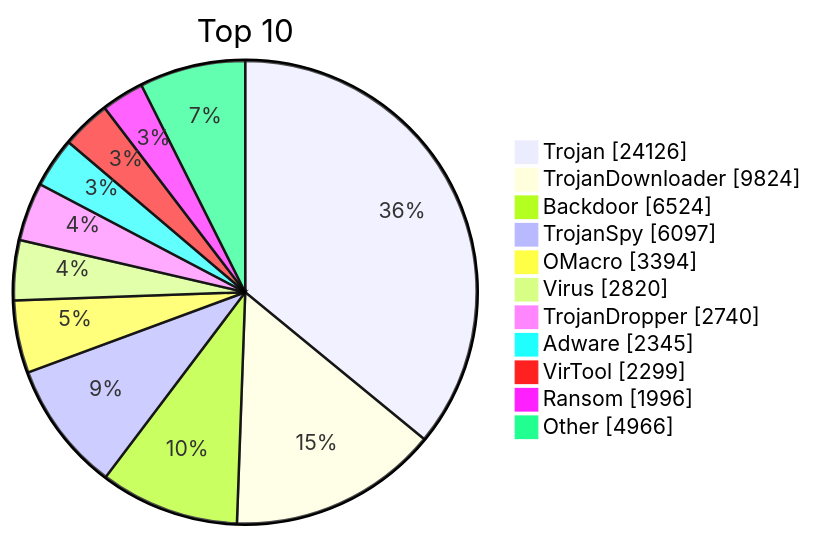
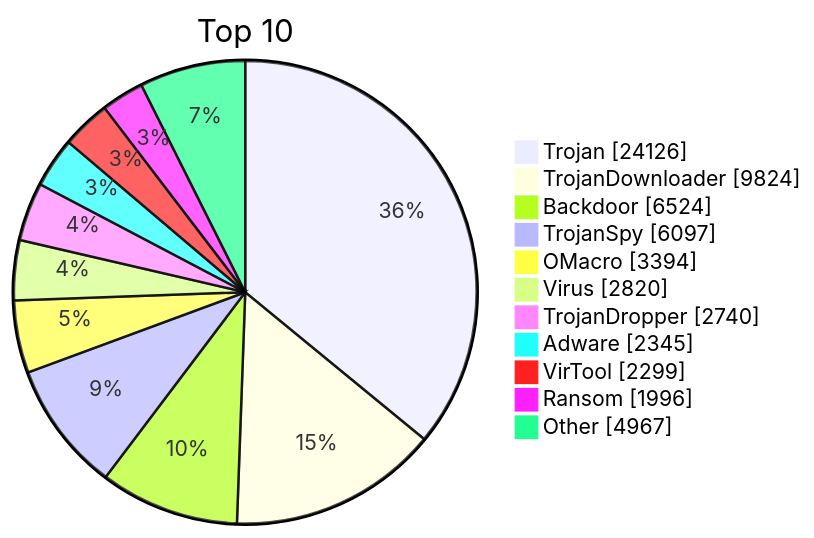
The diagram in README.md (JerryLinLinLin/huorong-virdb-changelog), drawn with Mermaid before and after one commit. The commit also changed other lines of this file and 14 other files, not shown here.

````diff
--- a/README.md
+++ b/README.md
@@ -19,15 +19,15 @@
 ```mermaid
 pie showData
     title Top 10
     "Trojan" : 24126
     "TrojanDownloader" : 9824
     "Backdoor" : 6524
     "TrojanSpy" : 6097
     "OMacro" : 3394
     "Virus" : 2820
     "TrojanDropper" : 2740
     "Adware" : 2345
     "VirTool" : 2299
     "Ransom" : 1996
-    "Other" : 4966
+    "Other" : 4967
 ```
````
